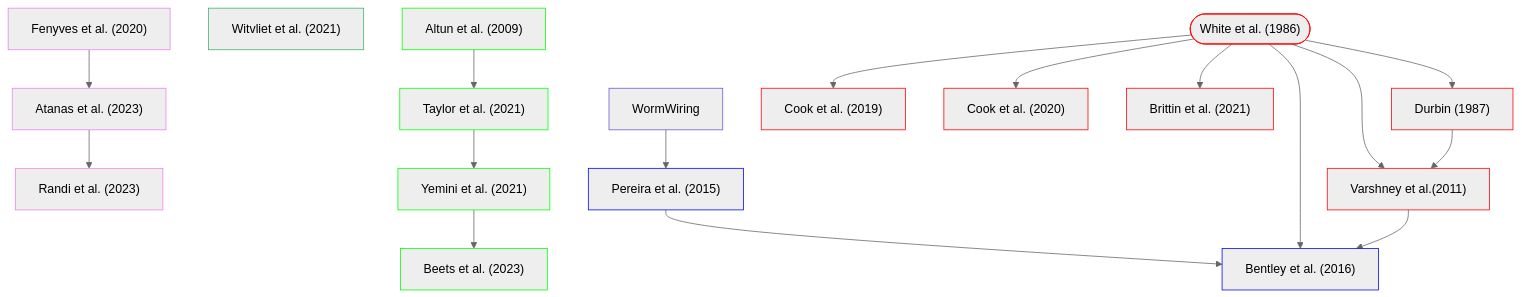
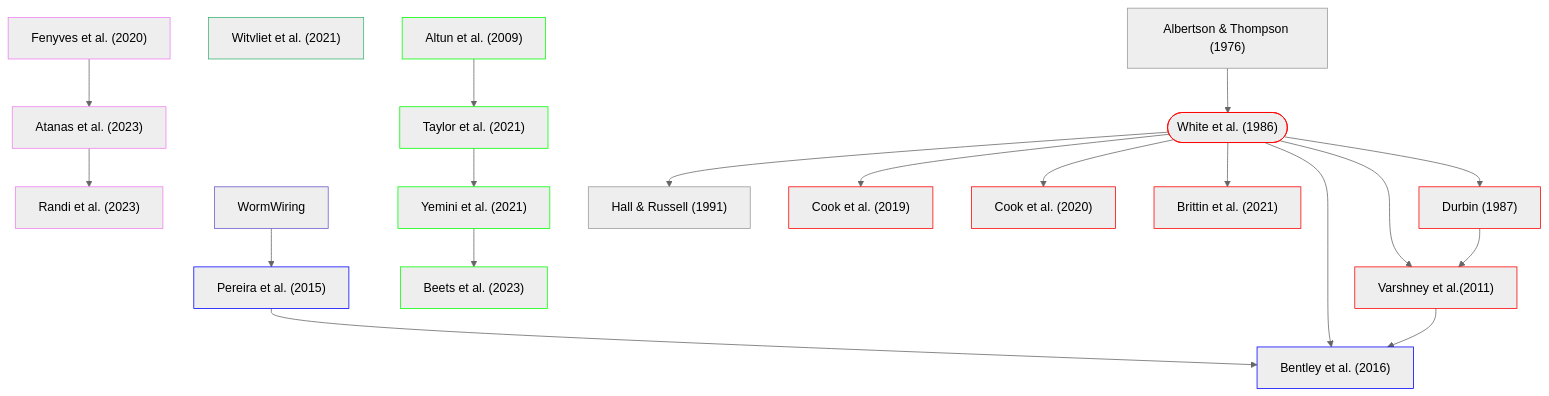
One commit to yasinthanvickneswaran/mermaidtest changed the diagram in README.md. Above: the diagram before and after it, drawn with Mermaid (neutral theme).

````diff
--- a/README.md
+++ b/README.md
@@ -1,30 +1,31 @@
 ```mermaid
 flowchart TD
     classDef anat stroke:#f00
     classDef gene stroke:#0f0
     classDef es stroke:#00f
     classDef func stroke:#ee82ee
     classDef dev stroke:#3cb371
     classDef db stroke:#6a5acd
 
     H["Fenyves et al. (2020)"]:::func --> O["Atanas et al. (2023)"]:::func
     O --> P["Randi et al. (2023)"]:::func    
     K["Witvliet et al. (2021)"]:::dev
     E["Pereira et al. (2015)"]:::es --> F["Bentley et al. (2016)"]:::es
 
     C["Altun et al. (2009)"]:::gene --> L["Taylor et al. (2021)"]:::gene
     L --> M["Yemini et al. (2021)"]:::gene
     M --> N["Beets et al. (2023)"]:::gene
 
     A(["White et al. (1986)"]):::anat --> B["Durbin (1987)"]:::anat
-    classDef anatomical fill:#f93
+    A1["Albertson & Thompson (1976)"] --> A
+    A  --> A2["Hall & Russell (1991)"]
     A --> D["Varshney et al.(2011)"]:::anat
     B --> D
     A --> G["Cook et al. (2019)"]:::anat
     A --> I["Cook et al. (2020)"]:::anat
     A --> J["Brittin et al. (2021)"]:::anat
     A --> F
     D --> F
     DB1["WormWiring"]:::db --> E
 
 ```
````
